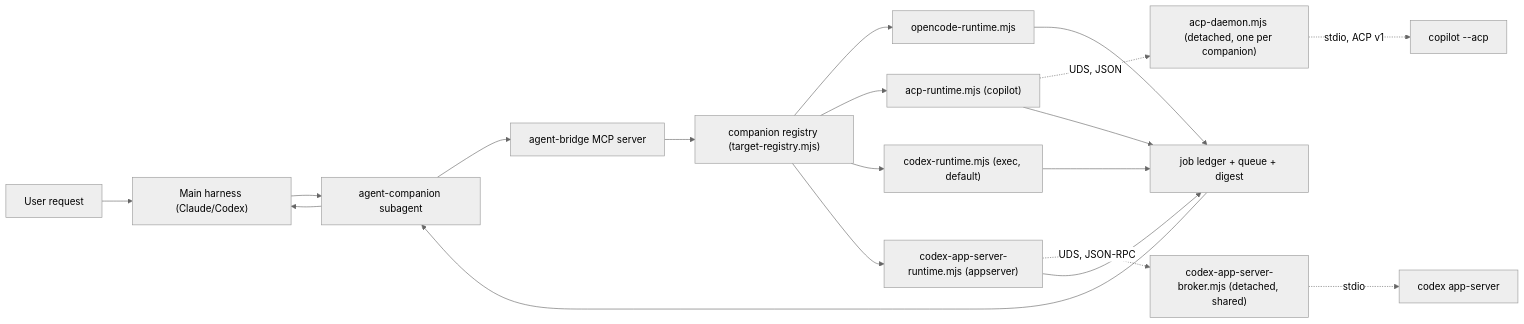
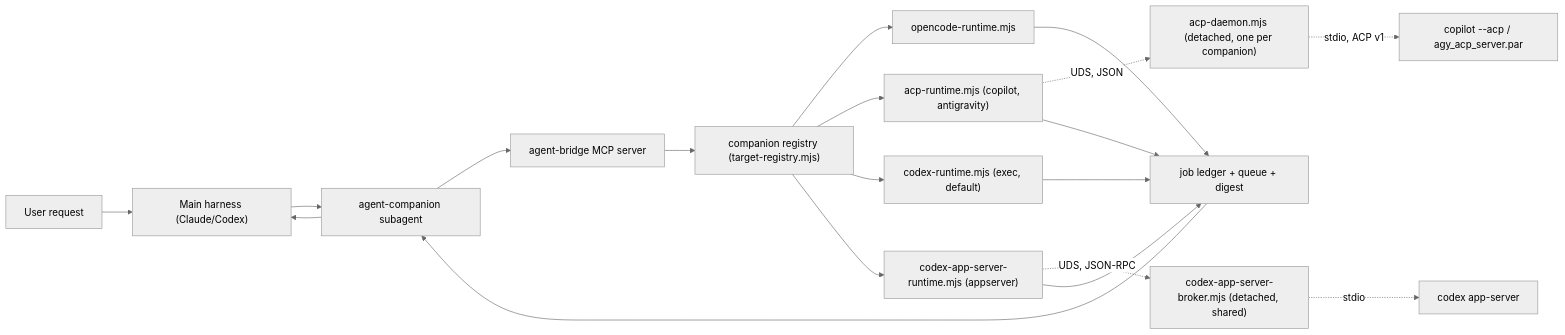
Before and after one commit to thangaram611/agent-companion: the diagram in docs/ARCHITECTURE.md, drawn with Mermaid (neutral theme). The commit also changed other lines of this file and 16 other files, not shown here.

````diff
--- a/docs/ARCHITECTURE.md
+++ b/docs/ARCHITECTURE.md
@@ -37,21 +37,21 @@
 ```mermaid
 flowchart LR
   User["User request"] --> Main["Main harness (Claude/Codex)"]
   Main --> Subagent["agent-companion subagent"]
   Subagent --> MCP["agent-bridge MCP server"]
   MCP --> Registry["companion registry (target-registry.mjs)"]
   Registry --> OpenCode["opencode-runtime.mjs"]
-  Registry --> Acp["acp-runtime.mjs (copilot)"]
+  Registry --> Acp["acp-runtime.mjs (copilot, antigravity)"]
   Registry --> CodexRuntime["codex-runtime.mjs (exec, default)"]
   Registry --> CodexAppServer["codex-app-server-runtime.mjs (appserver)"]
   Acp -.->|"UDS, JSON"| Daemon["acp-daemon.mjs (detached, one per companion)"]
-  Daemon -.->|"stdio, ACP v1"| Agent["copilot --acp"]
+  Daemon -.->|"stdio, ACP v1"| Agent["copilot --acp / agy_acp_server.par"]
   CodexAppServer -.->|"UDS, JSON-RPC"| Broker["codex-app-server-broker.mjs (detached, shared)"]
   Broker -.->|"stdio"| AppServer["codex app-server"]
   OpenCode --> Job["job ledger + queue + digest"]
   Acp --> Job
   CodexRuntime --> Job
   CodexAppServer --> Job
   Job --> Subagent
   Subagent --> Main
 ```
````
